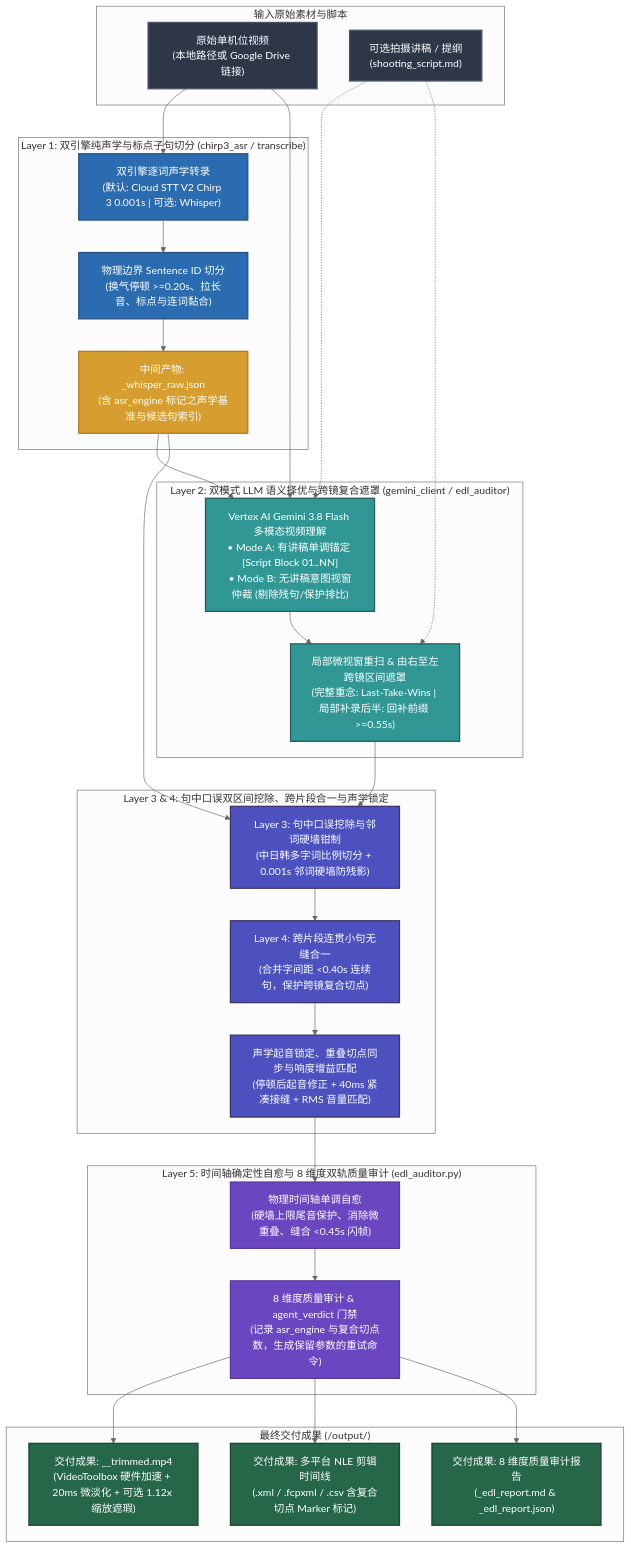
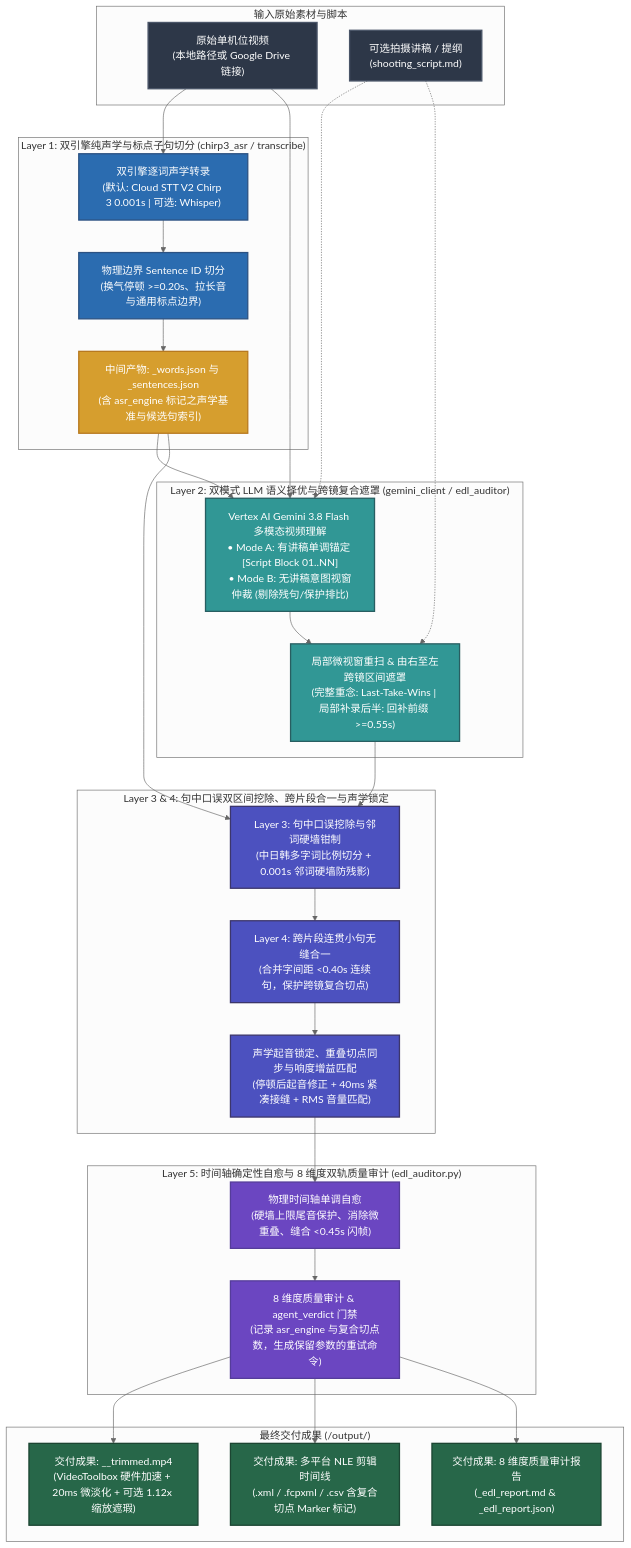
One commit to sylphlin/video-trimmer changed the diagram in README.zh-CN.md. Above: the diagram before and after it, drawn with Mermaid (neutral theme). The commit also changed 17 other files, not shown here.

First line of the commit message:
feat: enforce first-pass EDL convergence, physical clause splitting, and engine-neutral ASR naming

````diff
--- a/README.zh-CN.md
+++ b/README.zh-CN.md
@@ -20,59 +20,59 @@
 ```mermaid
 flowchart TD
     classDef inputStyle fill:#2D3748,stroke:#4A5568,stroke-width:2px,color:#fff;
     classDef stage1Style fill:#2B6CB0,stroke:#2C5282,stroke-width:2px,color:#fff;
     classDef stage2Style fill:#319795,stroke:#285E61,stroke-width:2px,color:#fff;
     classDef stage3Style fill:#4C51BF,stroke:#3C366B,stroke-width:2px,color:#fff;
     classDef stage4Style fill:#6B46C1,stroke:#553C9A,stroke-width:2px,color:#fff;
     classDef artifactStyle fill:#D69E2E,stroke:#B7791F,stroke-width:2px,color:#fff;
     classDef outputStyle fill:#276749,stroke:#1C4532,stroke-width:2px,color:#fff;
 
     subgraph Inputs["输入原始素材与脚本"]
         IN["原始单机位视频<br/>(本地路径或 Google Drive 链接)"]:::inputStyle
         SC["可选拍摄讲稿 / 提纲<br/>(shooting_script.md)"]:::inputStyle
     end
 
     subgraph L1["Layer 1: 双引擎纯声学与标点子句切分 (chirp3_asr / transcribe)"]
         W_ASR["双引擎逐词声学转录<br/>(默认: Cloud STT V2 Chirp 3 0.001s | 可选: Whisper)"]:::stage1Style
-        S_SEG["物理边界 Sentence ID 切分<br/>(换气停顿 >=0.20s、拉长音、标点与连词黏合)"]:::stage1Style
-        W_JSON["中间产物: <basename>_whisper_raw.json<br/>(含 asr_engine 标记之声学基准与候选句索引)"]:::artifactStyle
+        S_SEG["物理边界 Sentence ID 切分<br/>(换气停顿 >=0.20s、拉长音与通用标点边界)"]:::stage1Style
+        W_JSON["中间产物: <basename>_words.json 与 _sentences.json<br/>(含 asr_engine 标记之声学基准与候选句索引)"]:::artifactStyle
         W_ASR --> S_SEG --> W_JSON
     end
 
     subgraph L2["Layer 2: 双模式 LLM 语义择优与跨镜复合遮罩 (gemini_client / edl_auditor)"]
         MODE["Vertex AI Gemini 3.8 Flash 多模态视频理解<br/>• Mode A: 有讲稿单调锚定 [Script Block 01..NN]<br/>• Mode B: 无讲稿意图视窗仲裁 (剔除残句/保护排比)"]:::stage2Style
         REPAIR["局部微视窗重扫 & 由右至左跨镜区间遮罩<br/>(完整重念: Last-Take-Wins | 局部补录后半: 回补前缀 >=0.55s)"]:::stage2Style
         MODE --> REPAIR
     end
 
     subgraph L3_L4["Layer 3 & 4: 句中口误双区间挖除、跨片段合一与声学锁定"]
         L3["Layer 3: 句中口误挖除与邻词硬墙钳制<br/>(中日韩多字词比例切分 + 0.001s 邻词硬墙防残影)"]:::stage3Style
         L4["Layer 4: 跨片段连贯小句无缝合一<br/>(合并字间距 <0.40s 连续句，保护跨镜复合切点)"]:::stage3Style
         AC["声学起音锁定、重叠切点同步与响度增益匹配<br/>(停顿后起音修正 + 40ms 紧凑接缝 + RMS 音量匹配)"]:::stage3Style
         L3 --> L4 --> AC
     end
 
     subgraph L5["Layer 5: 时间轴确定性自愈与 8 维度双轨质量审计 (edl_auditor.py)"]
         SAN["物理时间轴单调自愈<br/>(硬墙上限尾音保护、消除微重叠、缝合 <0.45s 闪帧)"]:::stage4Style
         AUD["8 维度质量审计 & agent_verdict 门禁<br/>(记录 asr_engine 与复合切点数，生成保留参数的重试命令)"]:::stage4Style
         SAN --> AUD
     end
 
     subgraph Deliverables["最终交付成果 (<input_dir>/output/)"]
         OUT_MP4["交付成果: <basename>_<tag>_trimmed.mp4<br/>(VideoToolbox 硬件加速 + 20ms 微淡化 + 可选 1.12x 缩放遮瑕)"]:::outputStyle
         OUT_NLE["交付成果: 多平台 NLE 剪辑时间线<br/>(.xml / .fcpxml / .csv 含复合切点 Marker 标记)"]:::outputStyle
         OUT_REP["交付成果: 8 维度质量审计报告<br/>(_edl_report.md & _edl_report.json)"]:::outputStyle
     end
 
     IN --> W_ASR
     IN --> MODE
     SC -.-> MODE
     W_JSON --> MODE
     SC -.-> REPAIR
     REPAIR --> L3
     W_JSON --> L3
     AC --> SAN
     AUD --> OUT_MP4
     AUD --> OUT_NLE
     AUD --> OUT_REP
 ```
````
